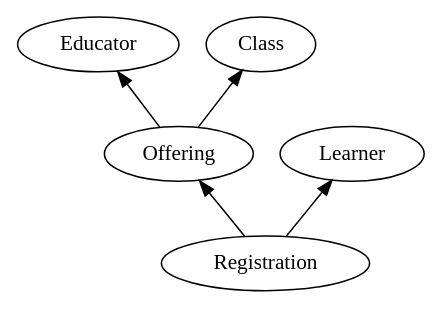
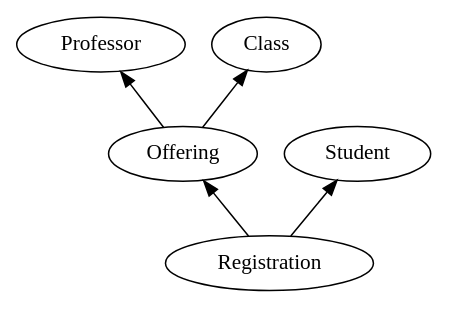
One commit to michaellperry/historicalmodeling_com_new changed the first of 2 diagrams in content/analysis/process/analyzing-a-domain/index.md. Above: the diagram before and after it, drawn with Graphviz. The commit also changed other lines of this file and 1 other file, not shown here.

````diff
--- a/content/analysis/process/analyzing-a-domain/index.md
+++ b/content/analysis/process/analyzing-a-domain/index.md
@@ -25,8 +24,8 @@
 ```dot
 digraph {
   rankdir=BT
 
-  Offering -> Educator, Class
-  Registration -> Learner, Offering
+  Offering -> Professor, Class
+  Registration -> Student, Offering
 }
 ```
````
